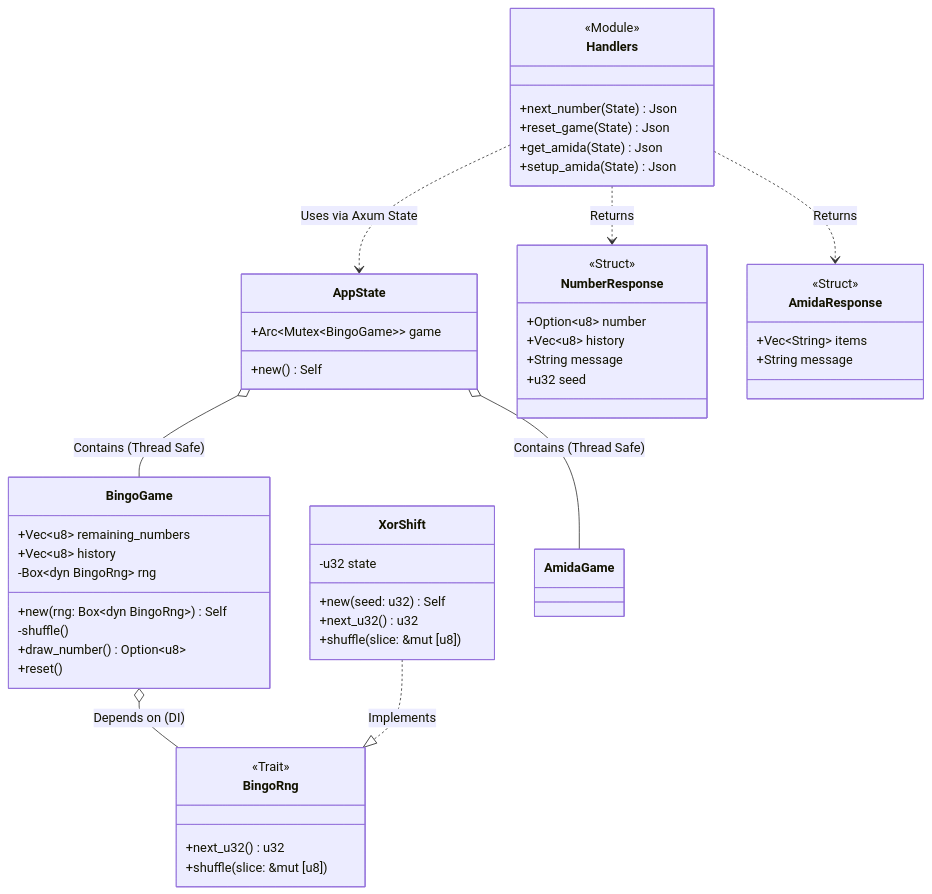
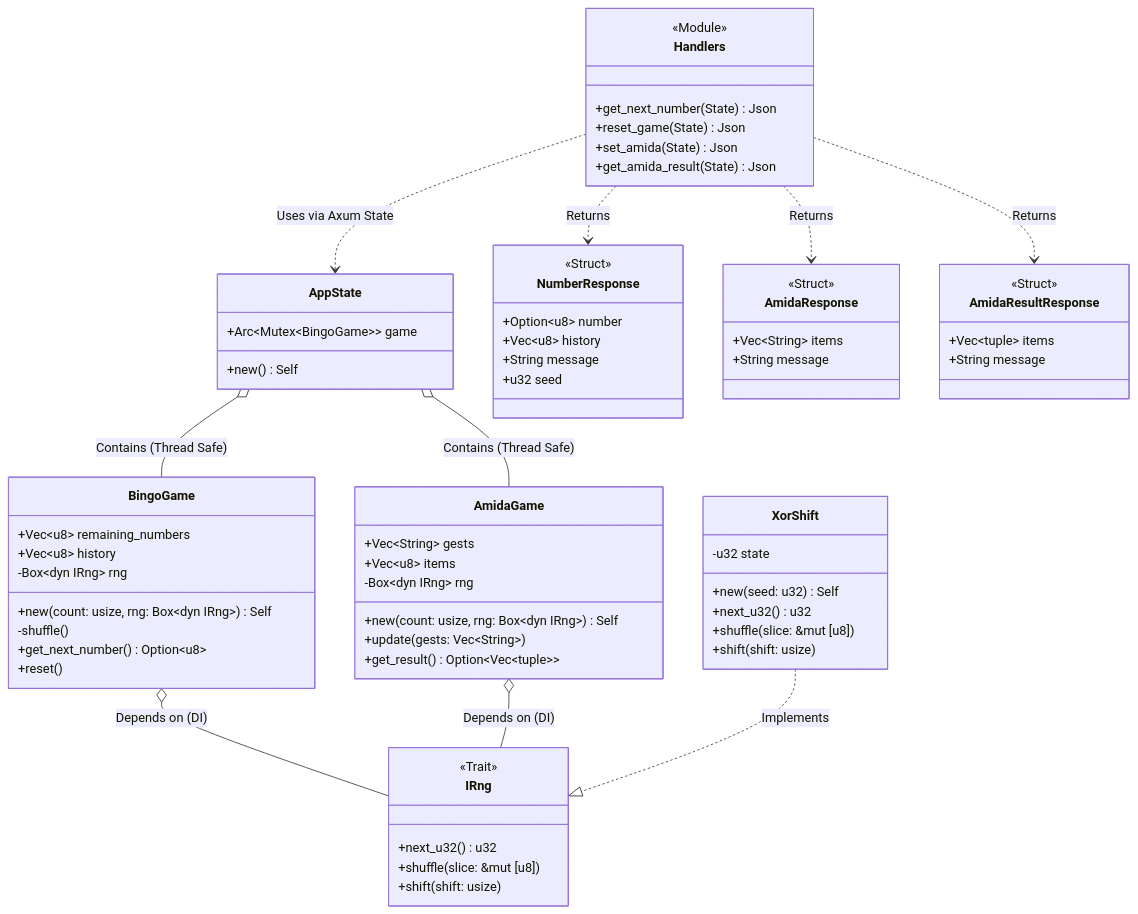
Before and after one commit to yasyasyu/bingo-server: the second of 5 diagrams in docs/ARCHITECTURE.md, drawn with Mermaid. The commit also changed other lines of this file and 4 other files, not shown here.

Commit message:
feat: update API documentation for Amida functionality, changing endpoint methods and response structures

````diff
--- a/docs/ARCHITECTURE.md
+++ b/docs/ARCHITECTURE.md
@@ -35,62 +35,81 @@
 ```mermaid
 classDiagram
     title Backend Class Structure
 
     class AppState {
         +Arc~Mutex~BingoGame~~ game
         +new() Self
     }
 
-    class BingoRng {
+    class IRng {
         <<Trait>>
         +next_u32() u32
         +shuffle(slice: &mut [u8])
+        +shift(shift: usize)
     }
 
     class XorShift {
         -u32 state
         +new(seed: u32) Self
         +next_u32() u32
         +shuffle(slice: &mut [u8])
+        +shift(shift: usize)
     }
 
     class BingoGame {
         +Vec~u8~ remaining_numbers
         +Vec~u8~ history
-        -Box~dyn BingoRng~ rng
-        +new(rng: Box~dyn BingoRng~) Self
+        -Box~dyn IRng~ rng
+        +new(count: usize, rng: Box~dyn IRng~) Self
         -shuffle()
-        +draw_number() Option~u8~
+        +get_next_number() Option~u8~
         +reset()
+    }
+
+    class AmidaGame {
+        +Vec~String~ gests
+        +Vec~u8~ items
+        -Box~dyn IRng~ rng
+        +new(count: usize, rng: Box~dyn IRng~) Self
+        +update(gests: Vec~String~)
+        +get_result() Option~Vec~tuple~~
     }
 
     class Handlers {
         <<Module>>
-        +next_number(State) Json
+        +get_next_number(State) Json
         +reset_game(State) Json
-        +get_amida(State) Json
-        +setup_amida(State) Json
+        +set_amida(State) Json
+        +get_amida_result(State) Json
     }
     
     class NumberResponse {
         <<Struct>>
         +Option~u8~ number
         +Vec~u8~ history
         +String message
         +u32 seed
     }
 
     class AmidaResponse {
         <<Struct>>
         +Vec~String~ items
         +String message
     }
 
+    class AmidaResultResponse {
+        <<Struct>>
+        +Vec~tuple~ items
+        +String message
+    }
+
     Handlers ..> AppState : Uses via Axum State
     Handlers ..> NumberResponse : Returns
     Handlers ..> AmidaResponse : Returns
+    Handlers ..> AmidaResultResponse : Returns
     AppState o-- BingoGame : Contains (Thread Safe)
     AppState o-- AmidaGame : Contains (Thread Safe)
-    BingoGame o-- BingoRng : Depends on (DI)
-    XorShift ..|> BingoRng : Implements
+    BingoGame o-- IRng : Depends on (DI)
+    AmidaGame o-- IRng : Depends on (DI)
+    XorShift ..|> IRng : Implements
 ```
````
